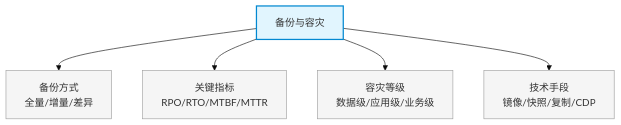
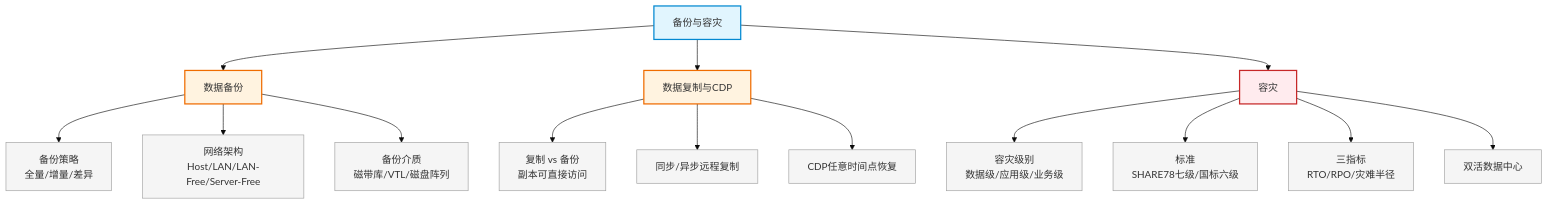
The diagram in cloud-datacenter/15_backup_and_disaster_recovery.md (silverbulle/Network_Planning_and_Design), drawn with Mermaid (base theme) before and after one commit. The commit also changed other lines of this file and 2 other files, not shown here.

````diff
--- a/cloud-datacenter/15_backup_and_disaster_recovery.md
+++ b/cloud-datacenter/15_backup_and_disaster_recovery.md
@@ -9,12 +8,34 @@
 ```mermaid
 flowchart TD
-    A["备份与容灾"] --> B["备份方式<br>全量/增量/差异"]
-    A --> C["关键指标<br>RPO/RTO/MTBF/MTTR"]
-    A --> D["容灾等级<br>数据级/应用级/业务级"]
-    A --> E["技术手段<br>镜像/快照/复制/CDP"]
+    A["备份与容灾"] --> B["数据备份"]
+    A --> C["数据复制与CDP"]
+    A --> D["容灾"]
+
+    B --> B1["备份策略<br>全量/增量/差异"]
+    B --> B2["网络架构<br>Host/LAN/LAN-Free/Server-Free"]
+    B --> B3["备份介质<br>磁带库/VTL/磁盘阵列"]
+
+    C --> C1["复制 vs 备份<br>副本可直接访问"]
+    C --> C2["同步/异步远程复制"]
+    C --> C3["CDP任意时间点恢复"]
+
+    D --> D1["容灾级别<br>数据级/应用级/业务级"]
+    D --> D2["标准<br>SHARE78七级/国标六级"]
+    D --> D3["三指标<br>RTO/RPO/灾难半径"]
+    D --> D4["双活数据中心"]
+
     style A fill:#e1f5fe,stroke:#0288d1,stroke-width:2px
-    style B fill:#f5f5f5,stroke:#9e9e9e
-    style C fill:#f5f5f5,stroke:#9e9e9e
-    style D fill:#f5f5f5,stroke:#9e9e9e
-    style E fill:#f5f5f5,stroke:#9e9e9e
+    style B fill:#fff3e0,stroke:#ef6c00,stroke-width:2px
+    style C fill:#fff3e0,stroke:#ef6c00,stroke-width:2px
+    style D fill:#ffebee,stroke:#c62828,stroke-width:2px
+    style B1 fill:#f5f5f5,stroke:#9e9e9e
+    style B2 fill:#f5f5f5,stroke:#9e9e9e
+    style B3 fill:#f5f5f5,stroke:#9e9e9e
+    style C1 fill:#f5f5f5,stroke:#9e9e9e
+    style C2 fill:#f5f5f5,stroke:#9e9e9e
+    style C3 fill:#f5f5f5,stroke:#9e9e9e
+    style D1 fill:#f5f5f5,stroke:#9e9e9e
+    style D2 fill:#f5f5f5,stroke:#9e9e9e
+    style D3 fill:#f5f5f5,stroke:#9e9e9e
+    style D4 fill:#f5f5f5,stroke:#9e9e9e
 ```
````
